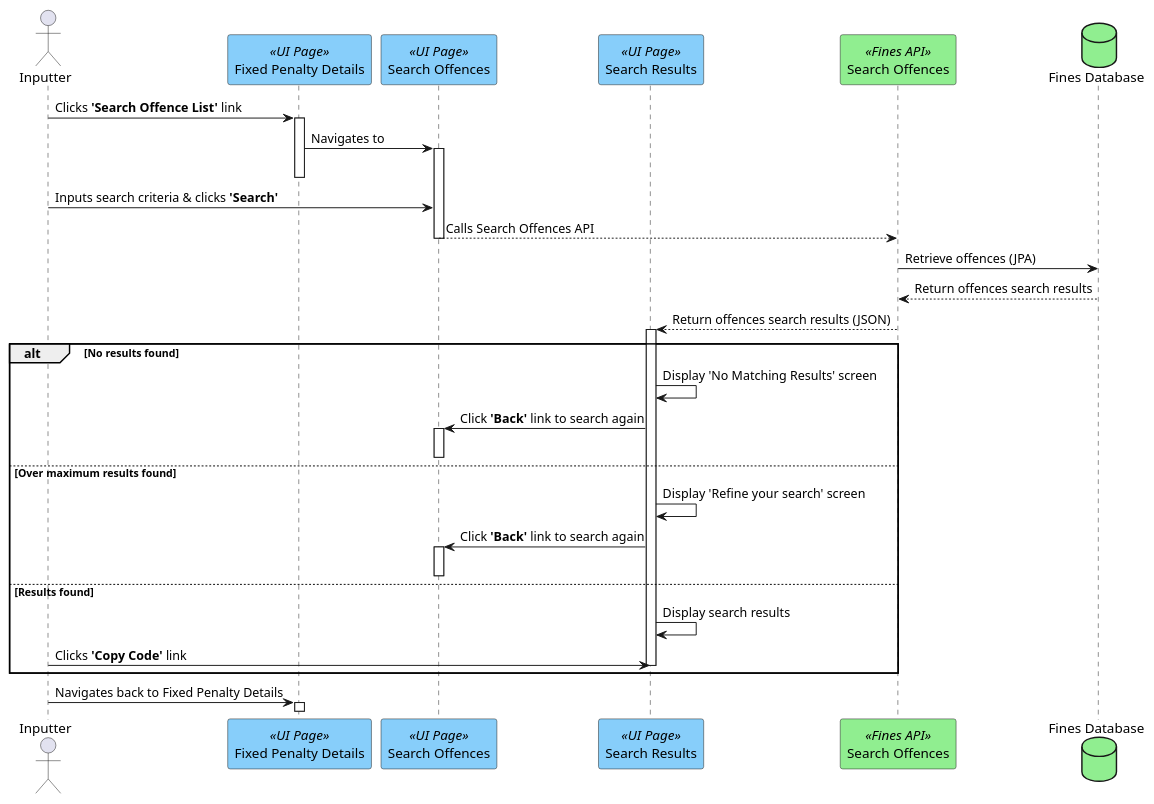
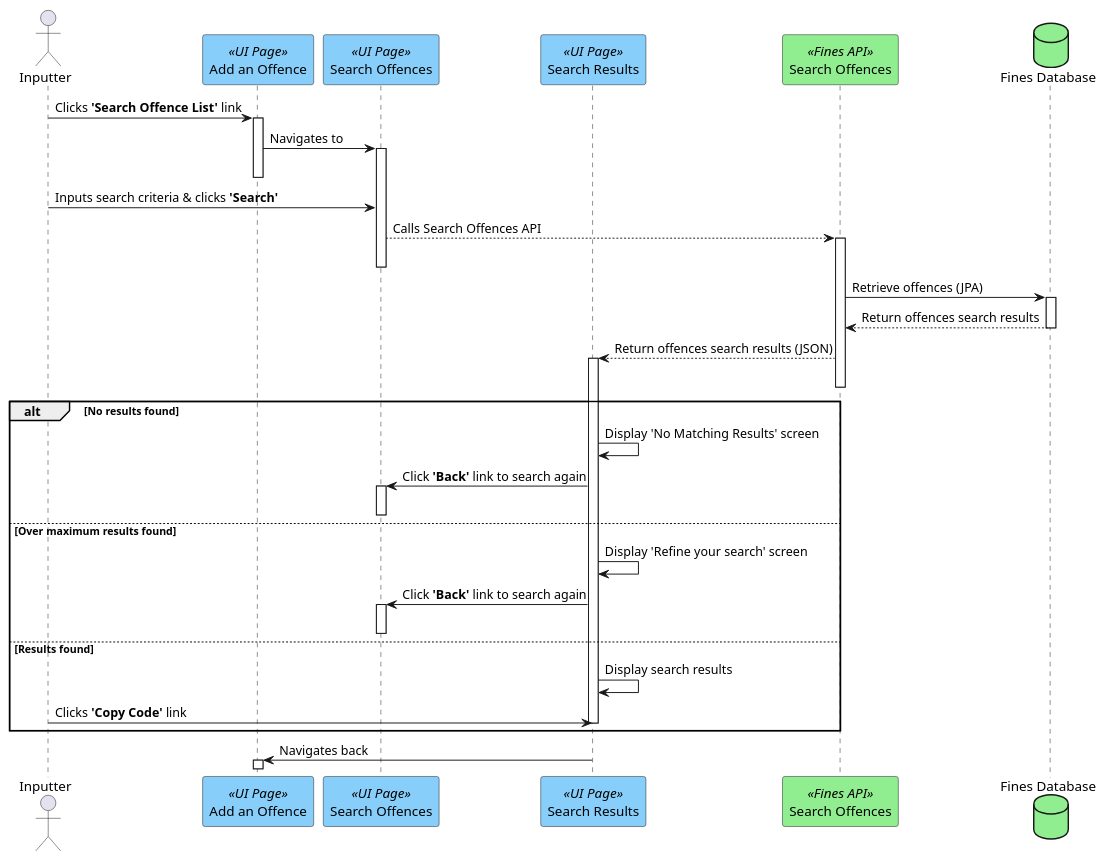
One commit to hmcts/opal-docs changed the diagram in plantUML/mac-populate-and-submit/mac-search-offences.puml. Above: the diagram before and after it, drawn with PlantUML.

Commit message:
Update search offences

```diff
--- a/plantUML/mac-populate-and-submit/mac-search-offences.puml
+++ b/plantUML/mac-populate-and-submit/mac-search-offences.puml
@@ -1,40 +1,40 @@
 @startuml
 
 actor "Inputter" as user
-participant "Fixed Penalty Details" as fixedPenaltyDetails <<UI Page>> #lightskyblue
+participant "Add an Offence" as addOffence <<UI Page>> #lightskyblue
 participant "Search Offences" as searchOffences <<UI Page>> #lightskyblue
 participant "Search Results" as searchResults <<UI Page>> #lightskyblue
 participant "Search Offences" as getOffences <<Fines API>> #lightgreen
 database "Fines Database" as db #lightgreen
 
-user -> fixedPenaltyDetails++ : Clicks <b>'Search Offence List'</b> link
-fixedPenaltyDetails-> searchOffences++: Navigates to
-deactivate fixedPenaltyDetails
+user -> addOffence++ : Clicks <b>'Search Offence List'</b> link
+addOffence-> searchOffences++: Navigates to
+deactivate addOffence
 
 user -> searchOffences: Inputs search criteria & clicks <b>'Search'</b>
-searchOffences--> getOffences : Calls Search Offences API
+searchOffences--> getOffences ++ : Calls Search Offences API
 deactivate searchOffences
 
-getOffences -> db : Retrieve offences (JPA)
+getOffences -> db ++: Retrieve offences (JPA)
 
 db --> getOffences : Return offences search results
-
+deactivate db
 getOffences --> searchResults++ : Return offences search results (JSON)
-
+deactivate getOffences
 alt No results found
     searchResults-> searchResults: Display 'No Matching Results' screen
     searchResults-> searchOffences++: Click <b>'Back'</b> link to search again
     searchOffences--
 else Over maximum results found
     searchResults-> searchResults: Display 'Refine your search' screen
         searchResults-> searchOffences++: Click <b>'Back'</b> link to search again
         searchOffences--
 else Results found
     searchResults-> searchResults: Display search results
     user -> searchResults: Clicks <b>'Copy Code'</b> link
     searchResults--
 end
-    user -> fixedPenaltyDetails++: Navigates back to Fixed Penalty Details
+    searchResults -> addOffence++: Navigates back
 
 
 @enduml
```
